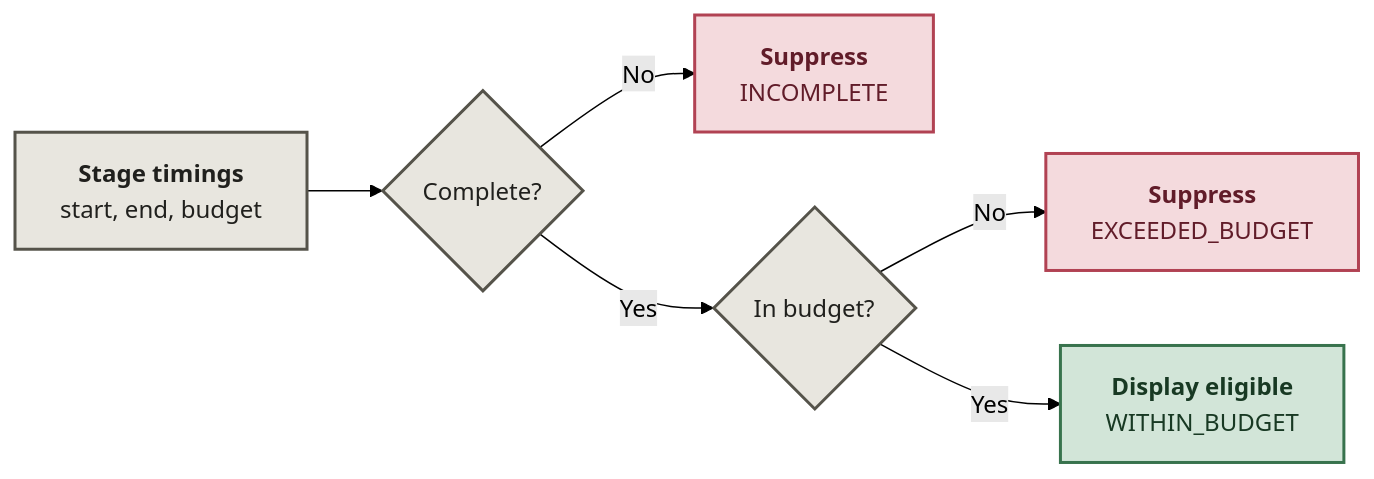
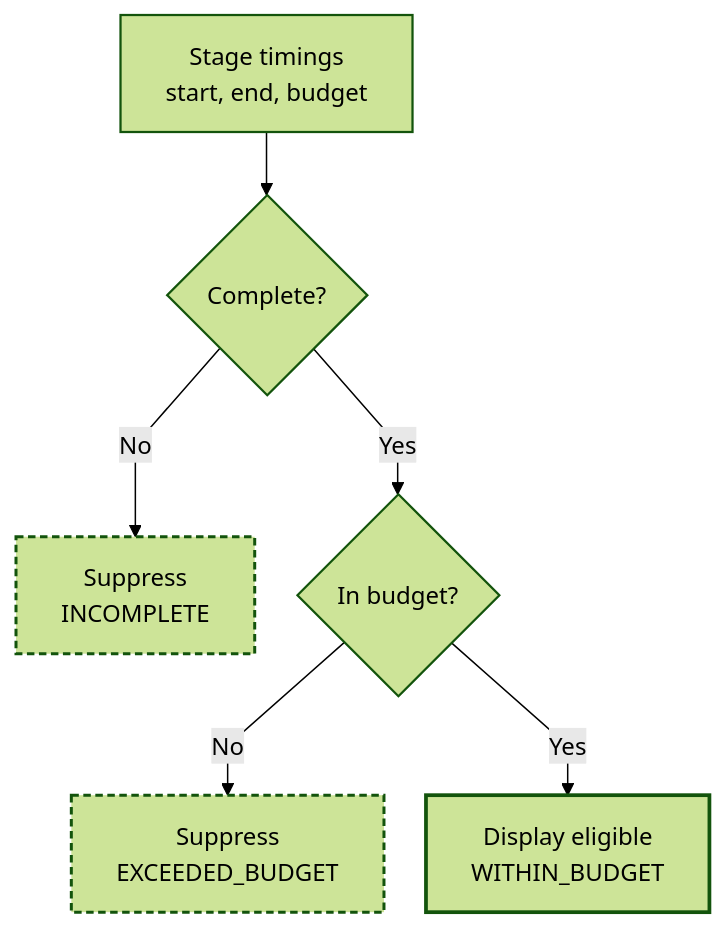
The second of 2 diagrams in README.md (Niyam-Paneru/voice-pipeline-guard), drawn with Mermaid (forest theme) before and after one commit. The commit also changed other lines of this file, not shown here.

Commit message:
Improve Mermaid layout and light-dark theme readability

````diff
--- a/README.md
+++ b/README.md
@@ -30,14 +39,23 @@
 ```mermaid
-flowchart LR
-    E["<b>Stage timings</b><br/>start, end, budget"] --> F{"Complete?"}
-    F -- No --> S["<b>Suppress</b><br/>INCOMPLETE"]
+---
+config:
+  flowchart:
+    curve: linear
+    nodeSpacing: 28
+    rankSpacing: 42
+---
+flowchart TB
+    accTitle: Timing: decide whether output may display
+    accDescr: Decision flow for timing: decide whether output may display.
+    E["Stage timings<br/>start, end, budget"] --> F{"Complete?"}
+    F -- No --> S["Suppress<br/>INCOMPLETE"]
     F -- Yes --> G{"In budget?"}
-    G -- No --> L["<b>Suppress</b><br/>EXCEEDED_BUDGET"]
-    G -- Yes --> H["<b>Display eligible</b><br/>WITHIN_BUDGET"]
-    classDef input fill:#e8e6df,stroke:#55534a,color:#20201d,stroke-width:2px;
-    classDef pass fill:#d2e5d8,stroke:#38734d,color:#183923,stroke-width:2px;
-    classDef stop fill:#f4dadd,stroke:#b14253,color:#611c29,stroke-width:2px;
+    G -- No --> L["Suppress<br/>EXCEEDED_BUDGET"]
+    G -- Yes --> H["Display eligible<br/>WITHIN_BUDGET"]
+    classDef input stroke-width:1.5px;
+    classDef pass stroke-width:2.5px;
+    classDef stop stroke-width:2px,stroke-dasharray:5 3;
     class E,F,G input;
     class H pass;
     class S,L stop;
 ```
````
